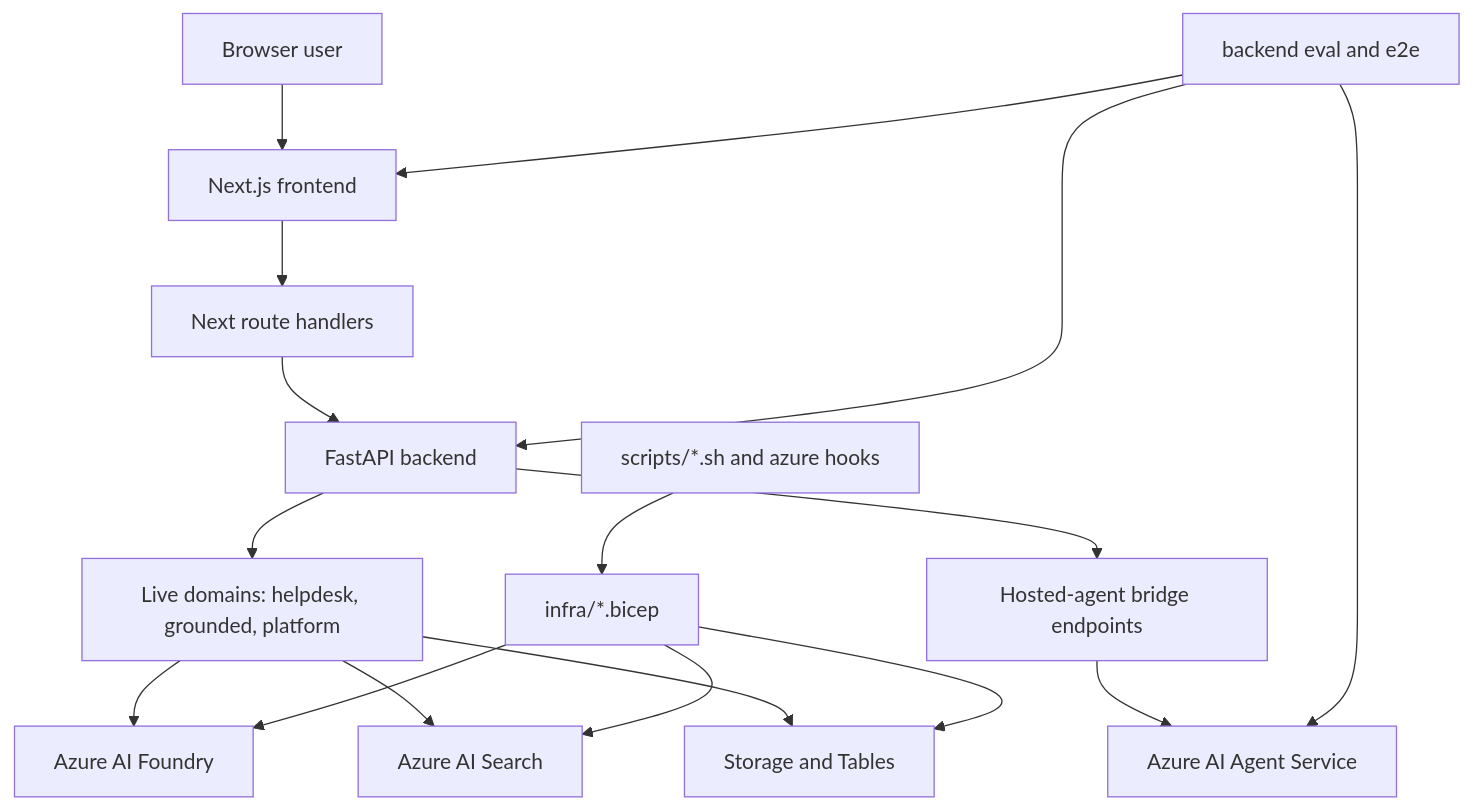
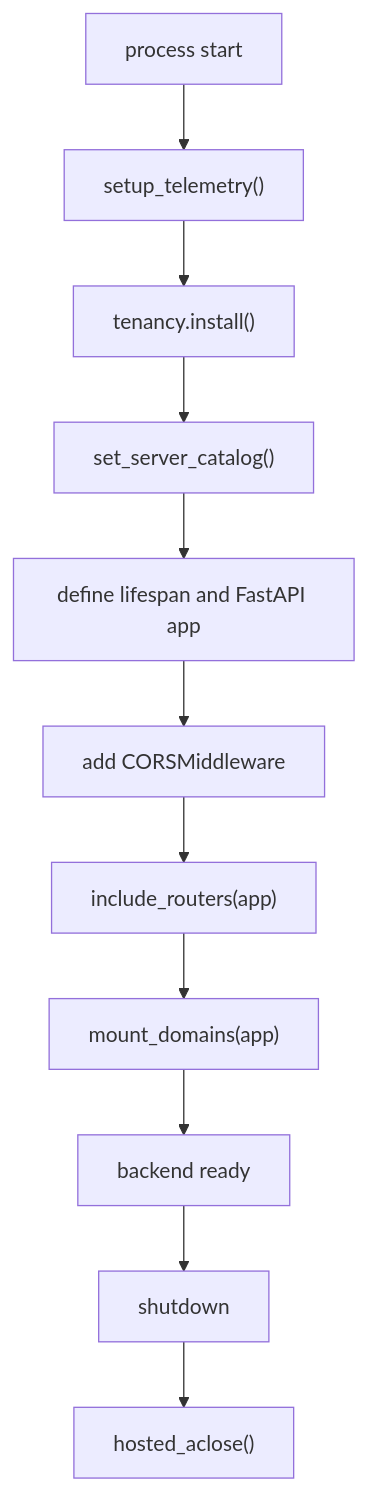
The diagram in docs/wiki/foundry-assured/v0.20260815/pages/page-13.md (ruinosus/foundry-assured), drawn with Mermaid before and after one commit. The commit also changed other lines of this file and 60 other files, not shown here.

````diff
--- a/docs/wiki/foundry-assured/v0.20260815/pages/page-13.md
+++ b/docs/wiki/foundry-assured/v0.20260815/pages/page-13.md
@@ -13,19 +14,13 @@
 ```mermaid
 flowchart TD
-  Browser["Browser user"] --> NextUI["Next.js frontend"]
-  NextUI --> Proxy["Next route handlers"]
-  Proxy --> FastAPI["FastAPI backend"]
-  FastAPI --> LiveDomains["Live domains: helpdesk, grounded, platform"]
-  FastAPI --> HostedBridge["Hosted-agent bridge endpoints"]
-  LiveDomains --> Foundry["Azure AI Foundry"]
-  LiveDomains --> Search["Azure AI Search"]
-  LiveDomains --> Storage["Storage and Tables"]
-  HostedBridge --> AgentService["Azure AI Agent Service"]
-  Bicep["infra/*.bicep"] --> Foundry
-  Bicep --> Search
-  Bicep --> Storage
-  Scripts["scripts/*.sh and azure hooks"] --> Bicep
-  Eval["backend eval and e2e"] --> FastAPI
-  Eval --> NextUI
-  Eval --> AgentService
+  START["process start"] --> TEL["setup_telemetry()"]
+  TEL --> TEN["tenancy.install()"]
+  TEN --> CAT["set_server_catalog()"]
+  CAT --> LIFE["define lifespan and FastAPI app"]
+  LIFE --> CORS["add CORSMiddleware"]
+  CORS --> ROUTERS["include_routers(app)"]
+  ROUTERS --> DOMS["mount_domains(app)"]
+  DOMS --> READY["backend ready"]
+  READY --> STOP["shutdown"]
+  STOP --> CLOSE["hosted_aclose()"]
 ```
````
